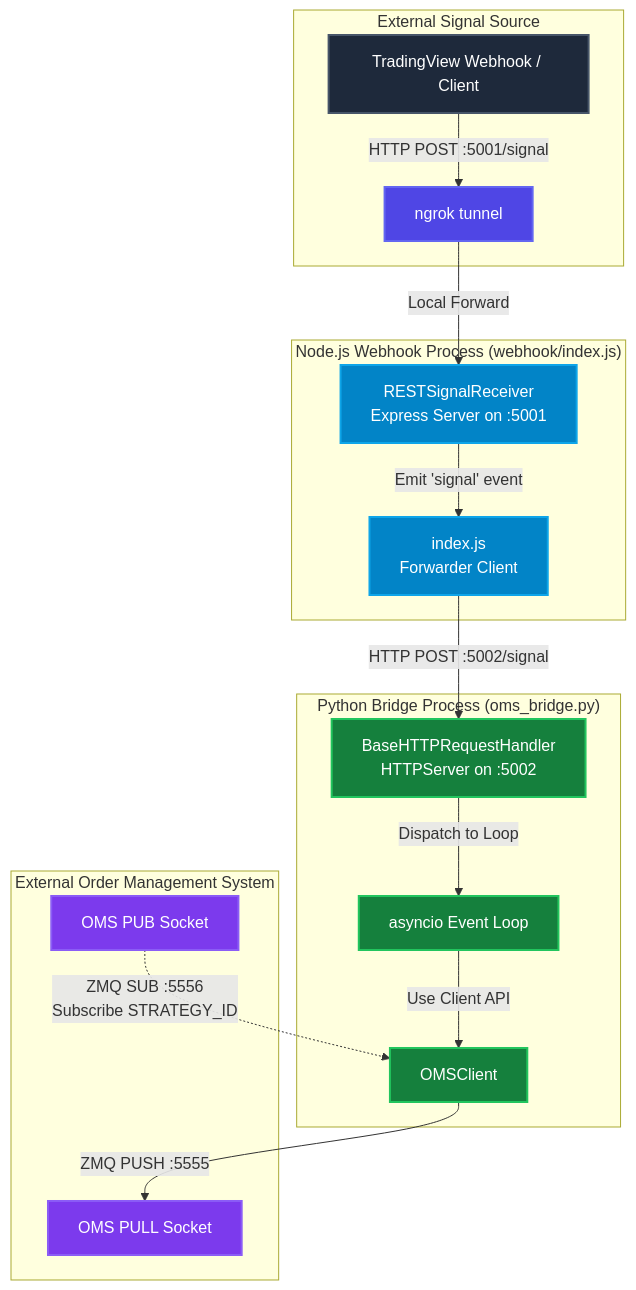
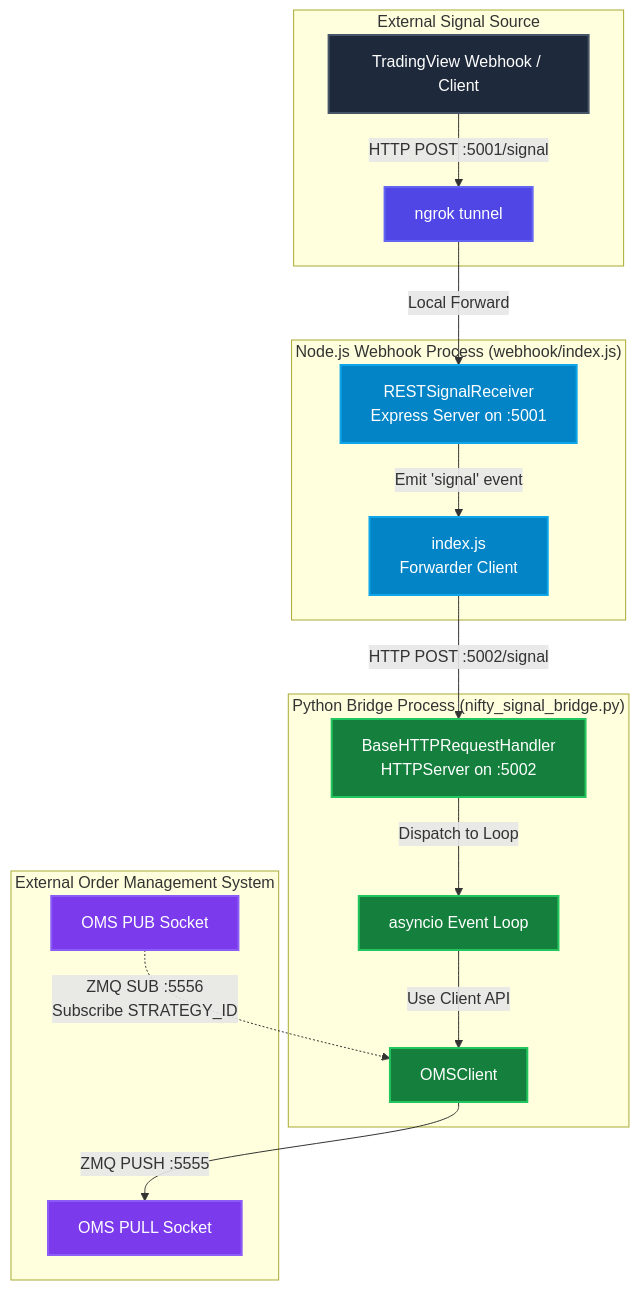
The first of 2 diagrams in README.md (shubham-agarwal-techculture/trading-middleware-new), drawn with Mermaid before and after one commit. The commit also changed other lines of this file and 2 other files, not shown here.

Commit message:
Fix: the logic of resolving the instrument from the trading view signal to the xts contract

````diff
--- a/README.md
+++ b/README.md
@@ -43,33 +43,33 @@
 ```mermaid
 graph TD
     subgraph Ext["External Signal Source"]
         TV["TradingView Webhook / Client"] -->|HTTP POST :5001/signal| ngrok["ngrok tunnel"]
     end
 
     subgraph NodeWS["Node.js Webhook Process (webhook/index.js)"]
         ngrok -->|Local Forward| receiver["RESTSignalReceiver<br/>Express Server on :5001"]
         receiver -->|Emit 'signal' event| node_index["index.js<br/>Forwarder Client"]
     end
 
-    subgraph PyBridge["Python Bridge Process (oms_bridge.py)"]
+    subgraph PyBridge["Python Bridge Process (nifty_signal_bridge.py)"]
         node_index -->|HTTP POST :5002/signal| http_server["BaseHTTPRequestHandler<br/>HTTPServer on :5002"]
         http_server -->|Dispatch to Loop| loop["asyncio Event Loop"]
         loop -->|Use Client API| client["OMSClient"]
     end
 
     subgraph OMSS["External Order Management System"]
         client -->|ZMQ PUSH :5555| push["OMS PULL Socket"]
         sub["OMS PUB Socket"] -.->|ZMQ SUB :5556<br/>Subscribe STRATEGY_ID| client
     end
 
     %% Styling
     style TV fill:#1e293b,stroke:#475569,stroke-width:2px,color:#fff
     style ngrok fill:#4f46e5,stroke:#6366f1,stroke-width:2px,color:#fff
     style receiver fill:#0284c7,stroke:#0ea5e9,stroke-width:2px,color:#fff
     style node_index fill:#0284c7,stroke:#0ea5e9,stroke-width:2px,color:#fff
     style http_server fill:#15803d,stroke:#22c55e,stroke-width:2px,color:#fff
     style loop fill:#15803d,stroke:#22c55e,stroke-width:2px,color:#fff
     style client fill:#15803d,stroke:#22c55e,stroke-width:2px,color:#fff
     style push fill:#7c3aed,stroke:#8b5cf6,stroke-width:2px,color:#fff
     style sub fill:#7c3aed,stroke:#8b5cf6,stroke-width:2px,color:#fff
 ```
````
